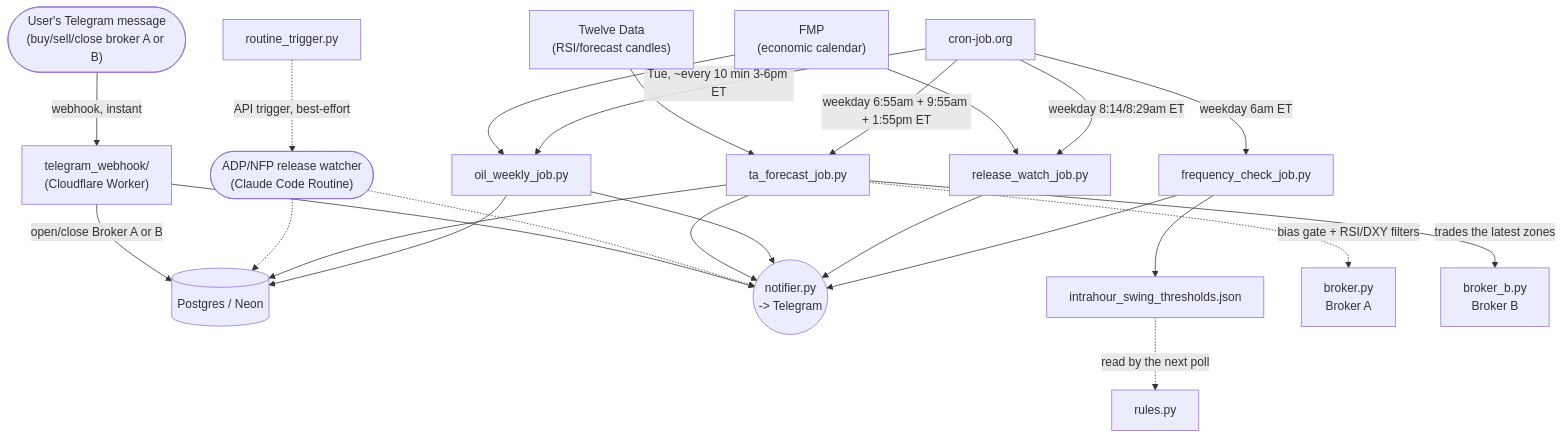
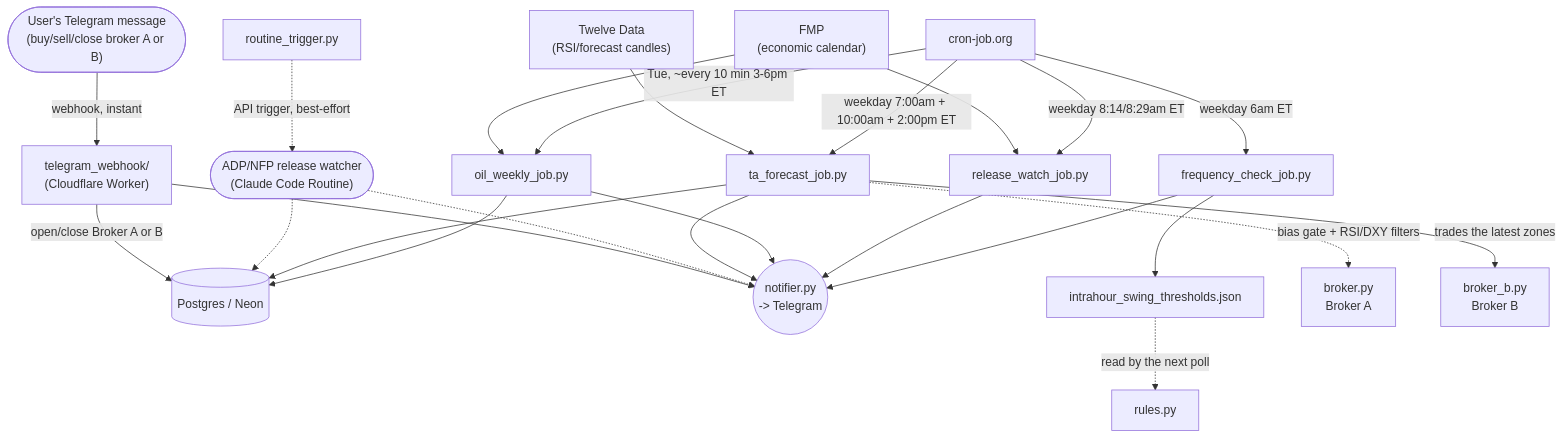
One commit to Armada86/goldo changed the second of 2 diagrams in docs/diagram.md. Above: the diagram before and after it, drawn with Mermaid. The commit also changed other lines of this file and 5 other files, not shown here.

````diff
--- a/docs/diagram.md
+++ b/docs/diagram.md
@@ -51,34 +51,34 @@
 ```mermaid
 flowchart TD
     Cron2["cron-job.org"]
     FMP["FMP\n(economic calendar)"]
     TD2["Twelve Data\n(RSI/forecast candles)"]
     DB2[("Postgres / Neon")]
     Telegram2(("notifier.py\n-> Telegram"))
 
     Cron2 -->|weekday 6am ET| FreqCheck["frequency_check_job.py"]
     FreqCheck --> Thresholds["intrahour_swing_thresholds.json"]
     FreqCheck --> Telegram2
     Thresholds -.->|read by the next poll| Rules2["rules.py"]
 
     Cron2 -->|weekday 8:14/8:29am ET| ReleaseWatch["release_watch_job.py"]
     FMP --> ReleaseWatch --> Telegram2
 
     Cron2 -->|Tue, ~every 10 min 3-6pm ET| OilWeekly["oil_weekly_job.py"]
     FMP --> OilWeekly --> DB2
     OilWeekly --> Telegram2
 
-    Cron2 -->|weekday 6:55am + 9:55am + 1:55pm ET| TAForecast["ta_forecast_job.py"]
+    Cron2 -->|weekday 7:00am + 10:00am + 2:00pm ET| TAForecast["ta_forecast_job.py"]
     TD2 --> TAForecast --> DB2
     TAForecast --> Telegram2
     TAForecast -.->|bias gate + RSI/DXY filters| BrokerA2["broker.py\nBroker A"]
     TAForecast -->|trades the latest zones| BrokerB2["broker_b.py\nBroker B"]
 
     RoutineTrigger2["routine_trigger.py"] -.->|API trigger, best-effort| Routine(["ADP/NFP release watcher\n(Claude Code Routine)"])
     Routine -.-> DB2
     Routine -.-> Telegram2
 
     TelegramUser(["User's Telegram message\n(buy/sell/close broker A or B)"]) -->|webhook, instant| Worker["telegram_webhook/\n(Cloudflare Worker)"]
     Worker -->|open/close Broker A or B| DB2
     Worker --> Telegram2
 ```
````
